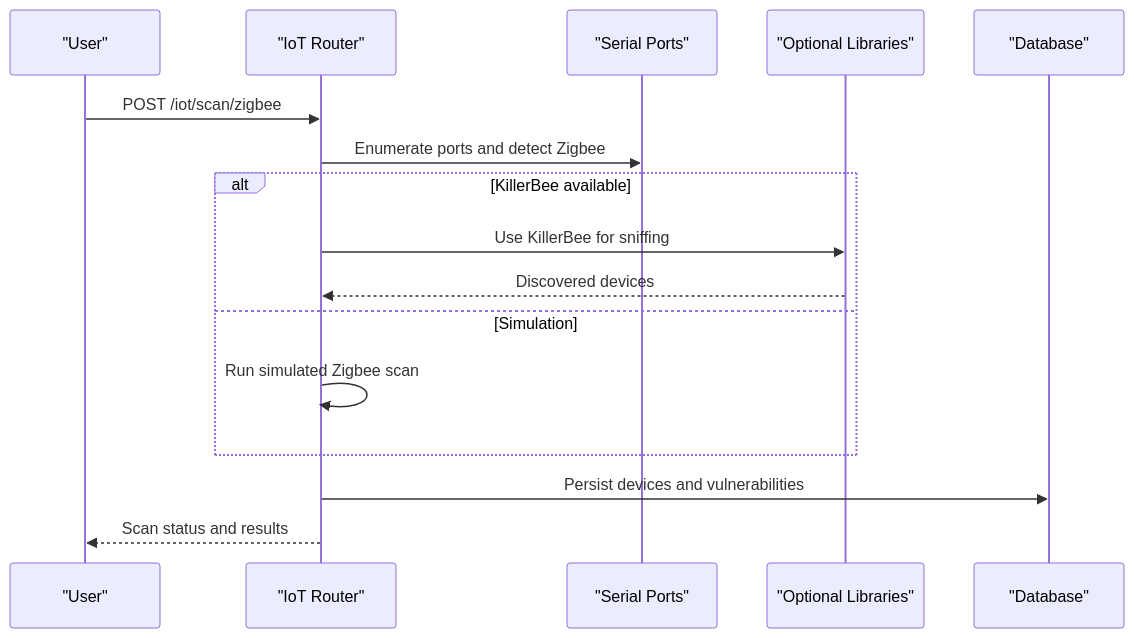
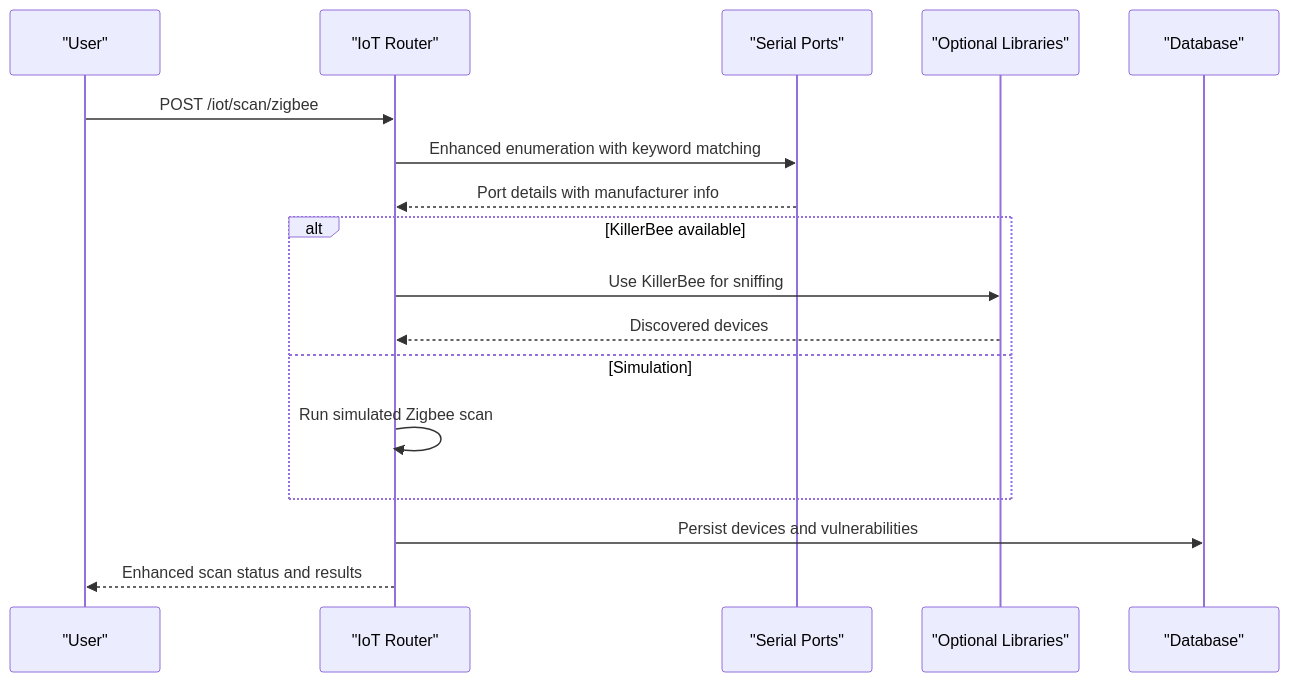
The third of 8 diagrams in .qoder/repowiki/en/content/Hardware Integration/Hardware Integration.md (MohandWaleed3/PentexOne), drawn with Mermaid before and after one commit. The commit also changed other lines of this file and 16 other files, not shown here.

````diff
--- a/.qoder/repowiki/en/content/Hardware Integration/Hardware Integration.md
+++ b/.qoder/repowiki/en/content/Hardware Integration/Hardware Integration.md
@@ -164,18 +202,19 @@
 ```mermaid
 sequenceDiagram
 participant User as "User"
 participant API as "IoT Router"
 participant Serial as "Serial Ports"
 participant Lib as "Optional Libraries"
 participant DB as "Database"
 User->>API : POST /iot/scan/zigbee
-API->>Serial : Enumerate ports and detect Zigbee
+API->>Serial : Enhanced enumeration with keyword matching
+Serial-->>API : Port details with manufacturer info
 alt KillerBee available
 API->>Lib : Use KillerBee for sniffing
 Lib-->>API : Discovered devices
 else Simulation
 API->>API : Run simulated Zigbee scan
 end
 API->>DB : Persist devices and vulnerabilities
-API-->>User : Scan status and results
+API-->>User : Enhanced scan status and results
 ```
````
